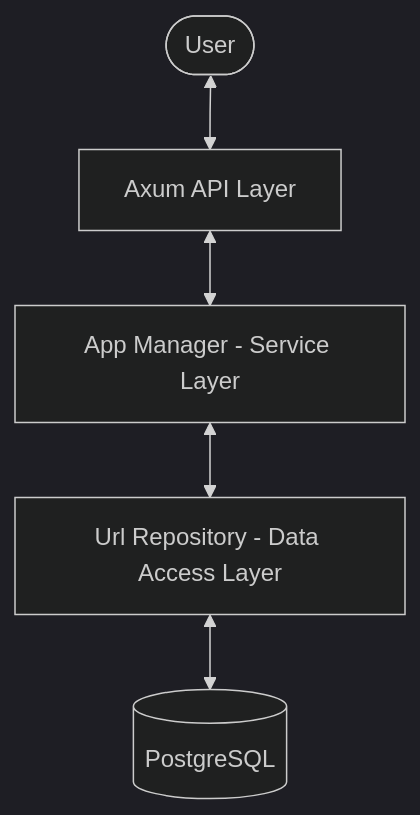
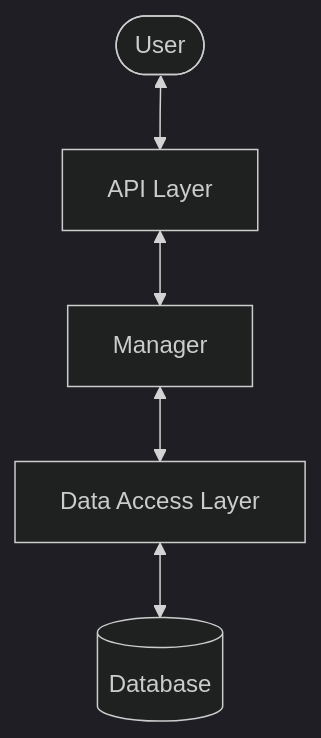
One commit to paulpeters144/system-design changed the first of 3 diagrams in projects/01_url_shortener/README.md. Above: the diagram before and after it, drawn with Mermaid (dark theme). The commit also changed other lines of this file, not shown here.

First line of the commit message:
docs(01-url-shortener): generalize mermaid diagrams and add descriptions

````diff
--- a/projects/01_url_shortener/README.md
+++ b/projects/01_url_shortener/README.md
@@ -17,7 +17,7 @@
 ```mermaid
 graph TD
-    User([User]) <--> API[Axum API Layer]
-    API <--> Logic[App Manager - Service Layer]
-    Logic <--> Repo[Url Repository - Data Access Layer]
-    Repo <--> DB[(PostgreSQL)]
+    User([User]) <--> API[API Layer]
+    API <--> Manager[Manager]
+    Manager <--> DAL[Data Access Layer]
+    DAL <--> DB[(Database)]
 ```
````
